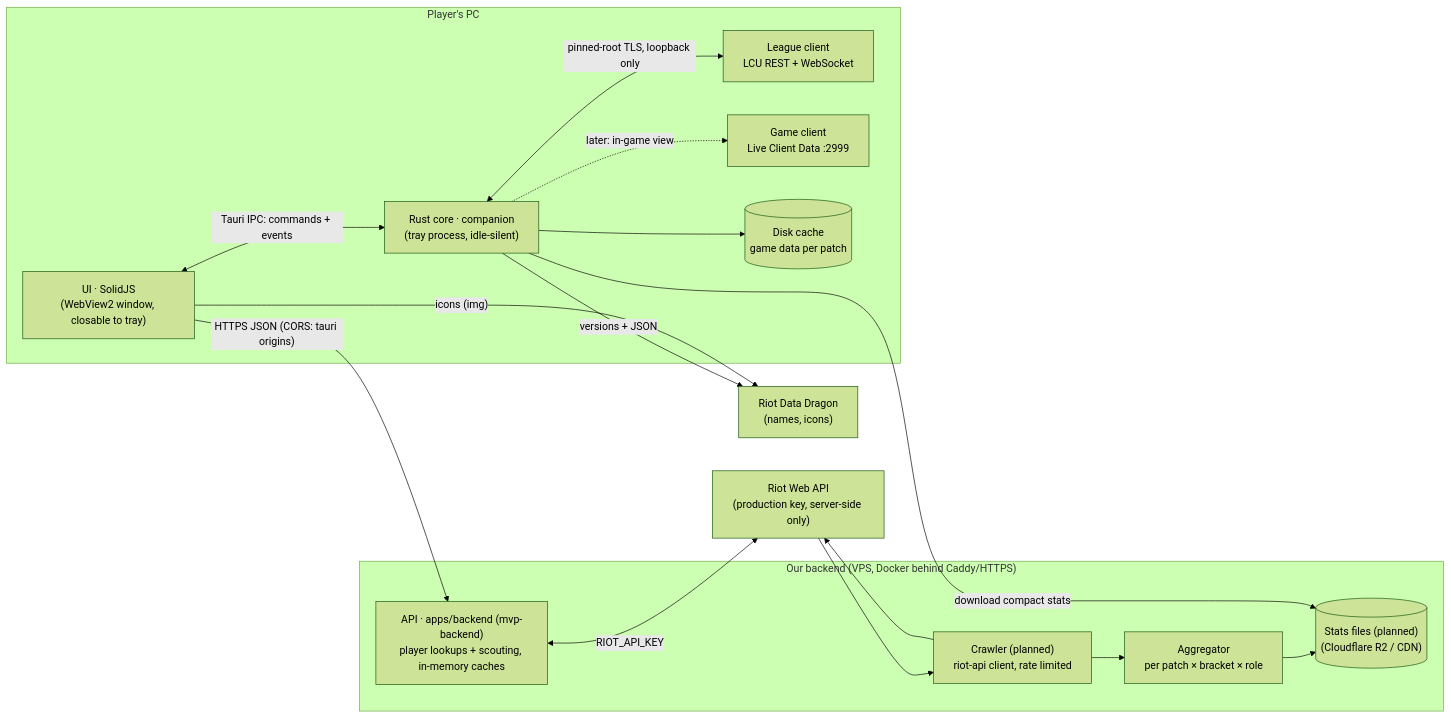
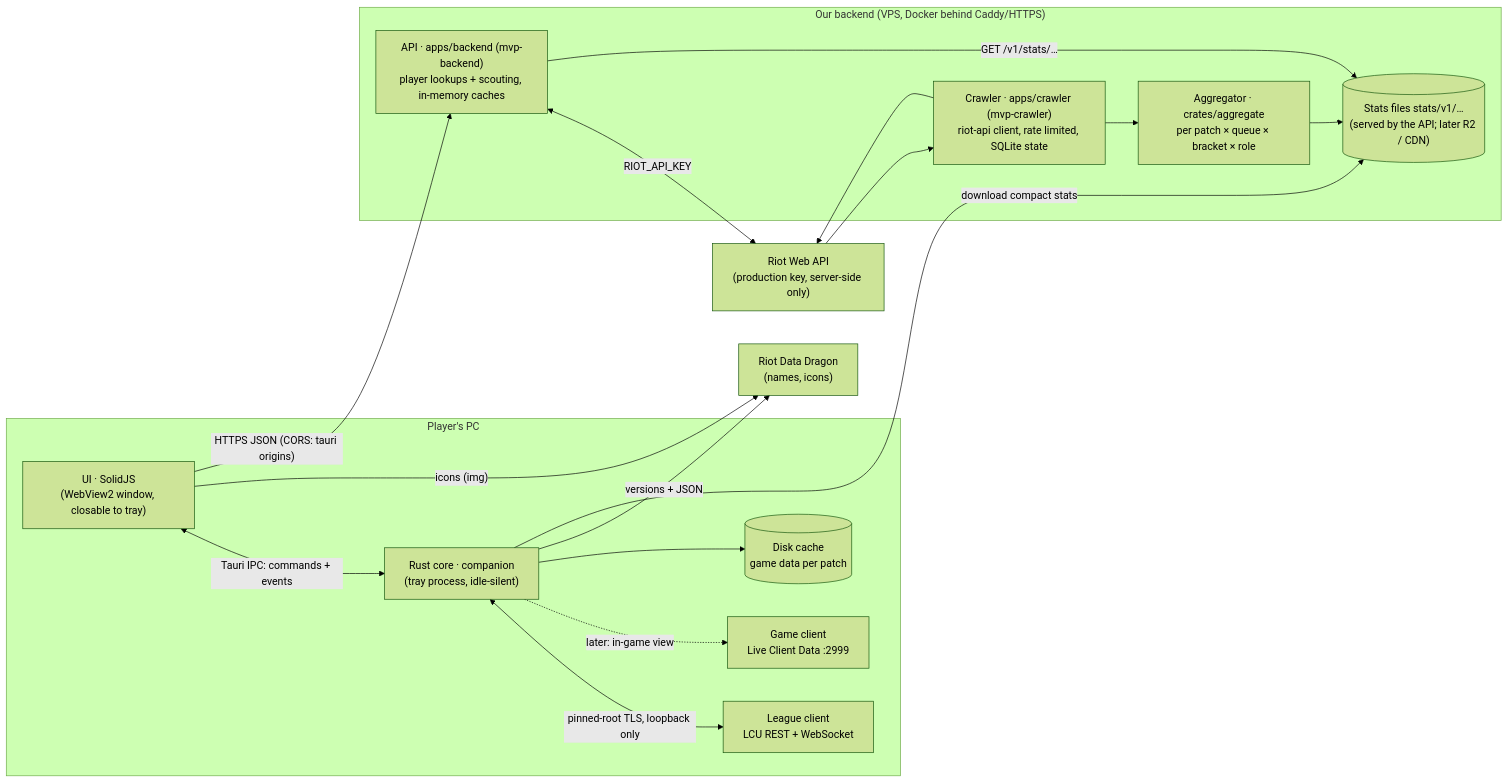
Before and after one commit to Filmoo/MVP: the diagram in docs/architecture.md, drawn with Mermaid (forest theme). The commit also changed other lines of this file and 47 other files, not shown here.

````diff
--- a/docs/architecture.md
+++ b/docs/architecture.md
@@ -3,30 +3,31 @@
 ```mermaid
 flowchart LR
   subgraph PC["Player's PC"]
     UI["UI · SolidJS<br/>(WebView2 window, closable to tray)"]
     Core["Rust core · companion<br/>(tray process, idle-silent)"]
     LCU["League client<br/>LCU REST + WebSocket"]
     Game["Game client<br/>Live Client Data :2999"]
     Cache[("Disk cache<br/>game data per patch")]
   end
   DD["Riot Data Dragon<br/>(names, icons)"]
   subgraph Server["Our backend (VPS, Docker behind Caddy/HTTPS)"]
     Api["API · apps/backend (mvp-backend)<br/>player lookups + scouting, in-memory caches"]
-    Crawler["Crawler (planned)<br/>riot-api client, rate limited"]
-    Agg["Aggregator<br/>per patch × bracket × role"]
-    Files[("Stats files (planned)<br/>(Cloudflare R2 / CDN)")]
+    Crawler["Crawler · apps/crawler (mvp-crawler)<br/>riot-api client, rate limited, SQLite state"]
+    Agg["Aggregator · crates/aggregate<br/>per patch × queue × bracket × role"]
+    Files[("Stats files stats/v1/…<br/>(served by the API; later R2 / CDN)")]
   end
   Riot["Riot Web API<br/>(production key, server-side only)"]
 
   UI <-- "Tauri IPC: commands + events" --> Core
   Core <-- "pinned-root TLS, loopback only" --> LCU
   Core -. "later: in-game view" .-> Game
   Core --> Cache
   Core -- "versions + JSON" --> DD
   UI -- "icons (img)" --> DD
   Api <-- "RIOT_API_KEY" --> Riot
   Crawler --> Riot --> Crawler
   Crawler --> Agg --> Files
   Core -- "download compact stats" --> Files
+  Api -- "GET /v1/stats/…" --> Files
   UI -- "HTTPS JSON (CORS: tauri origins)" --> Api
 ```
````
